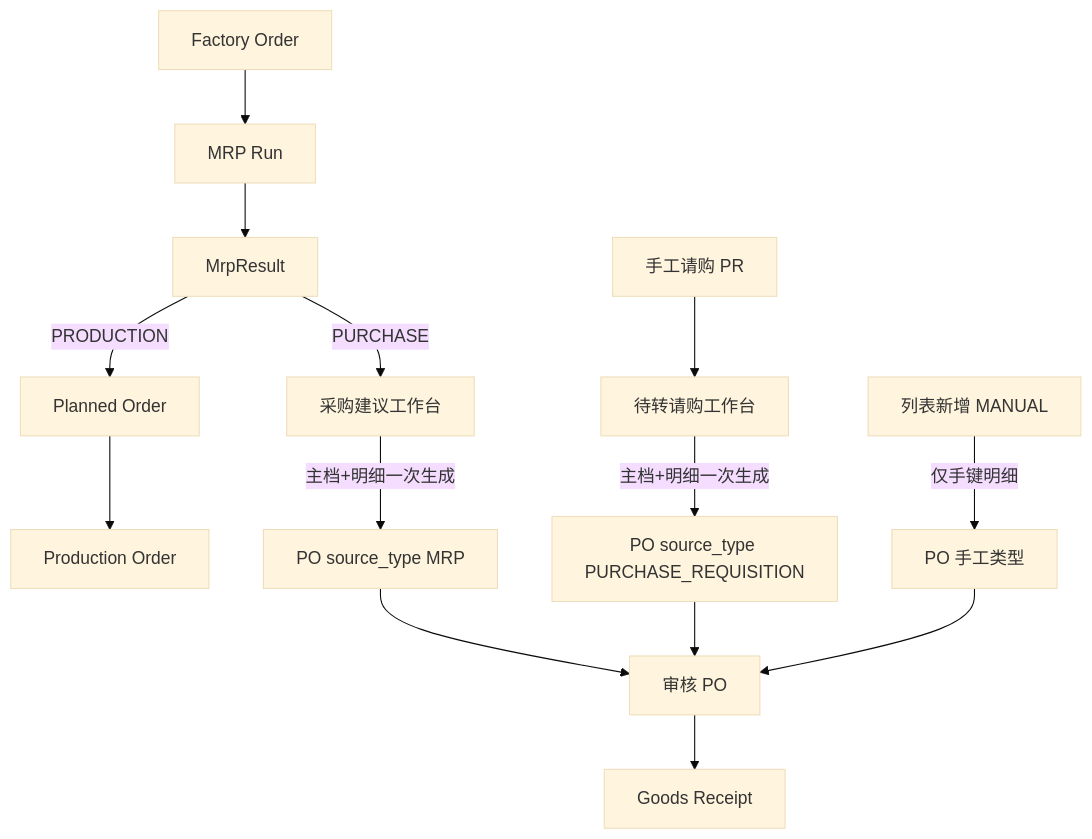
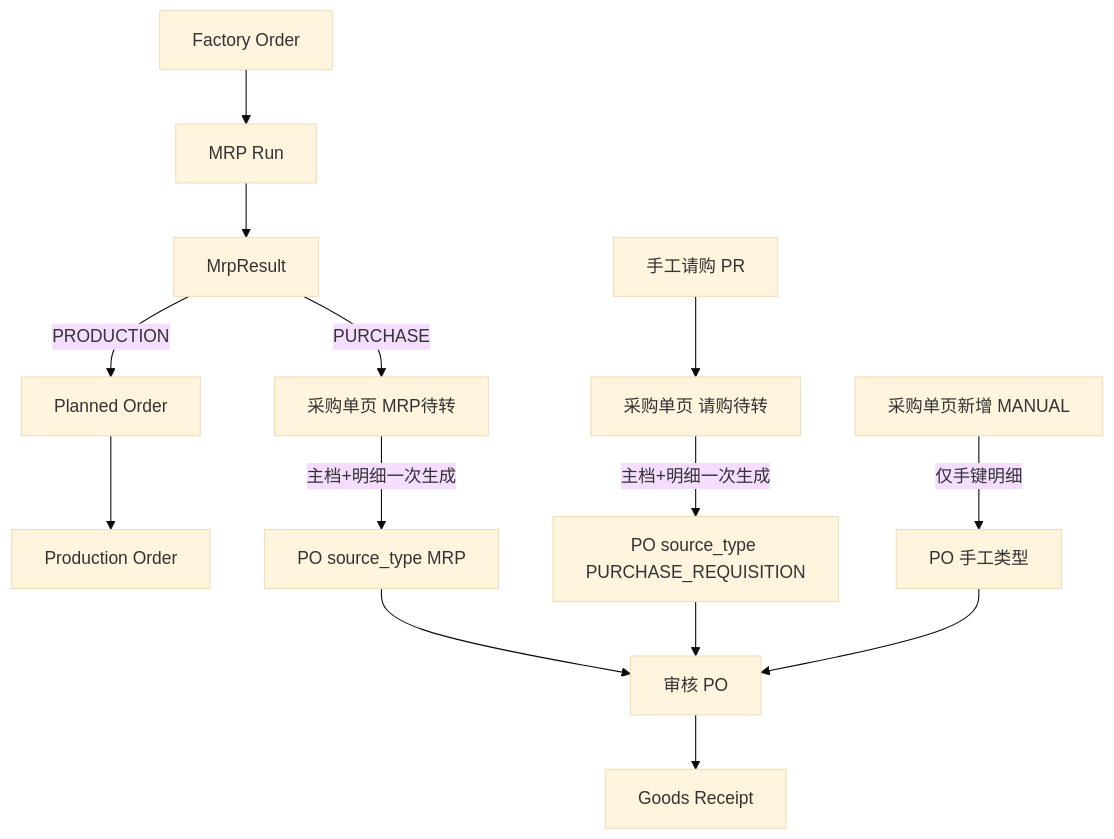
One commit to Micron818/lychee-doc changed the diagram in system_design/backend/chartExp/Purchase/02-目标流程.md. Above: the diagram before and after it, drawn with Mermaid (base theme). The commit also changed other lines of this file and 4 other files, not shown here.

````diff
--- a/system_design/backend/chartExp/Purchase/02-目标流程.md
+++ b/system_design/backend/chartExp/Purchase/02-目标流程.md
@@ -29,16 +29,16 @@
 ```mermaid
 flowchart TD
   FO[Factory Order] --> MRP[MRP Run]
   MRP --> R[MrpResult]
   R -->|PRODUCTION| PLO[Planned Order]
   PLO --> MO[Production Order]
-  R -->|PURCHASE| WB[采购建议工作台]
+  R -->|PURCHASE| WB[采购单页 MRP待转]
   WB -->|主档+明细一次生成| POM[PO source_type MRP]
-  PR[手工请购 PR] --> PRWB[待转请购工作台]
+  PR[手工请购 PR] --> PRWB[采购单页 请购待转]
   PRWB -->|主档+明细一次生成| POR[PO source_type PURCHASE_REQUISITION]
-  MAN[列表新增 MANUAL] -->|仅手键明细| POMAN[PO 手工类型]
+  MAN[采购单页新增 MANUAL] -->|仅手键明细| POMAN[PO 手工类型]
   POM --> POA[审核 PO]
   POR --> POA
   POMAN --> POA
   POA --> GR[Goods Receipt]
 ```
````
